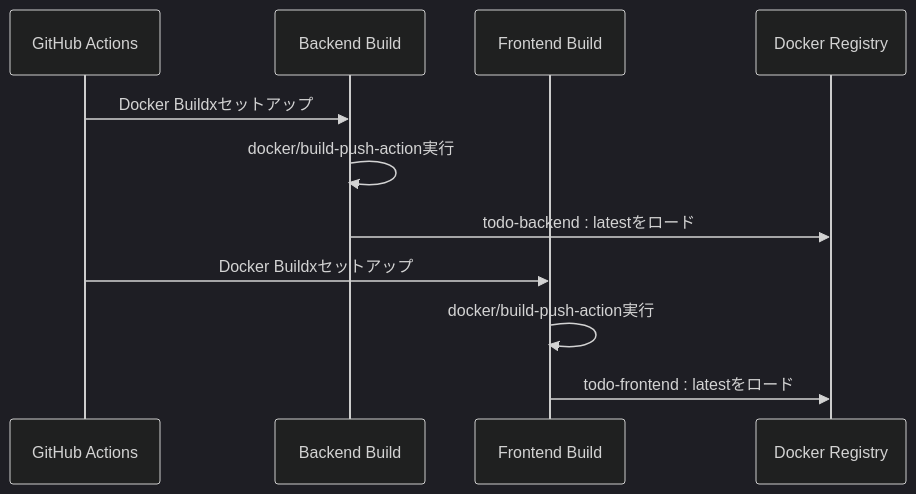
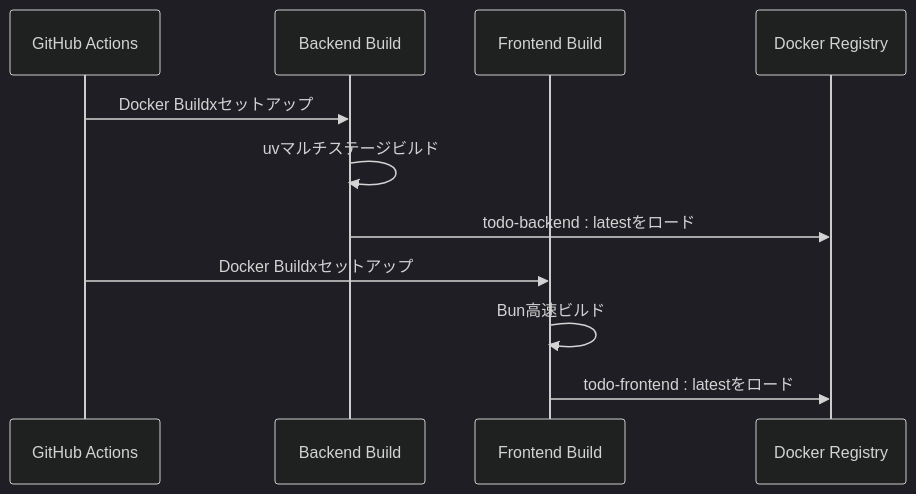
One commit to ss8806/Todos changed the third of 4 diagrams in .qoder/repowiki/ja/content/開発ワークフロー/CI_CDパイプライン.md. Above: the diagram before and after it, drawn with Mermaid (dark theme). The commit also changed other lines of this file and 35 other files, not shown here.

````diff
--- a/.qoder/repowiki/ja/content/開発ワークフロー/CI_CDパイプライン.md
+++ b/.qoder/repowiki/ja/content/開発ワークフロー/CI_CDパイプライン.md
@@ -195,13 +177,13 @@
 ```mermaid
 sequenceDiagram
 participant GH as GitHub Actions
 participant BB as Backend Build
 participant BF as Frontend Build
 participant DB as Docker Registry
 GH->>BB : Docker Buildxセットアップ
-BB->>BB : docker/build-push-action実行
+BB->>BB : uvマルチステージビルド
 BB->>DB : todo-backend : latestをロード
 GH->>BF : Docker Buildxセットアップ
-BF->>BF : docker/build-push-action実行
+BF->>BF : Bun高速ビルド
 BF->>DB : todo-frontend : latestをロード
 ```
````
